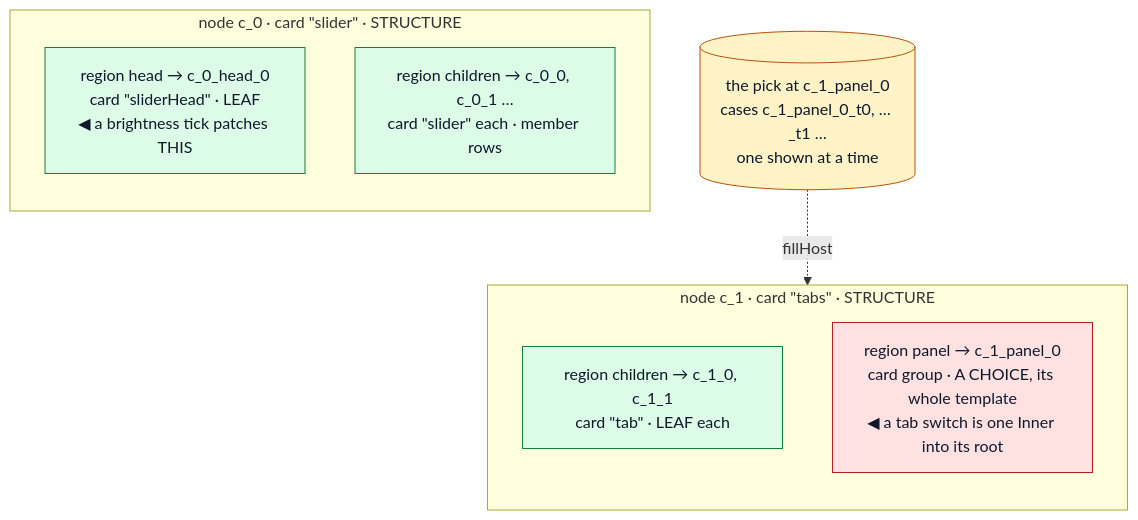
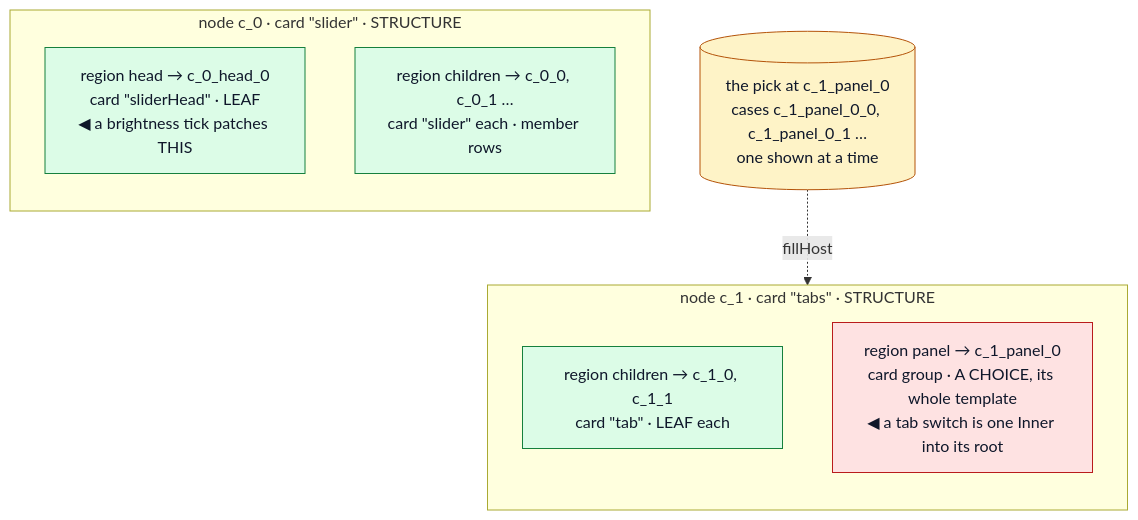
Before and after one commit to perok/functional-home-assistant: the fifth of 6 diagrams in docs/architecture-rendering-pipeline.md, drawn with Mermaid. The commit also changed other lines of this file and 45 other files, not shown here.

````diff
--- a/docs/architecture-rendering-pipeline.md
+++ b/docs/architecture-rendering-pipeline.md
@@ -766,24 +766,24 @@
 ```mermaid
 flowchart TB
   subgraph SL["node c_0 · card &quot;slider&quot; · STRUCTURE"]
     direction TB
     SH["region head → c_0_head_0<br/>card &quot;sliderHead&quot; · LEAF<br/>◀ a brightness tick patches THIS"]
     SM["region children → c_0_0, c_0_1 …<br/>card &quot;slider&quot; each · member rows"]
   end
 
   subgraph TB2["node c_1 · card &quot;tabs&quot; · STRUCTURE"]
     direction TB
     BAR["region children → c_1_0, c_1_1<br/>card &quot;tab&quot; · LEAF each"]
     PANEL["region panel → c_1_panel_0<br/>card group · A CHOICE, its whole template<br/>◀ a tab switch is one Inner into its root"]
   end
 
-  SURF[("the pick at c_1_panel_0<br/>cases c_1_panel_0_t0, … _t1 …<br/>one shown at a time")]
+  SURF[("the pick at c_1_panel_0<br/>cases c_1_panel_0_0, c_1_panel_0_1 …<br/>one shown at a time")]
   SURF -.->|fillHost| PANEL
 
   classDef struct fill:#fee2e2,stroke:#b91c1c,color:#0f172a
   classDef leaf fill:#dcfce7,stroke:#15803d,color:#0f172a
   classDef store fill:#fef3c7,stroke:#b45309,color:#0f172a
   class SH,SM,BAR leaf
   class PANEL struct
   class SURF store
 ```
````
